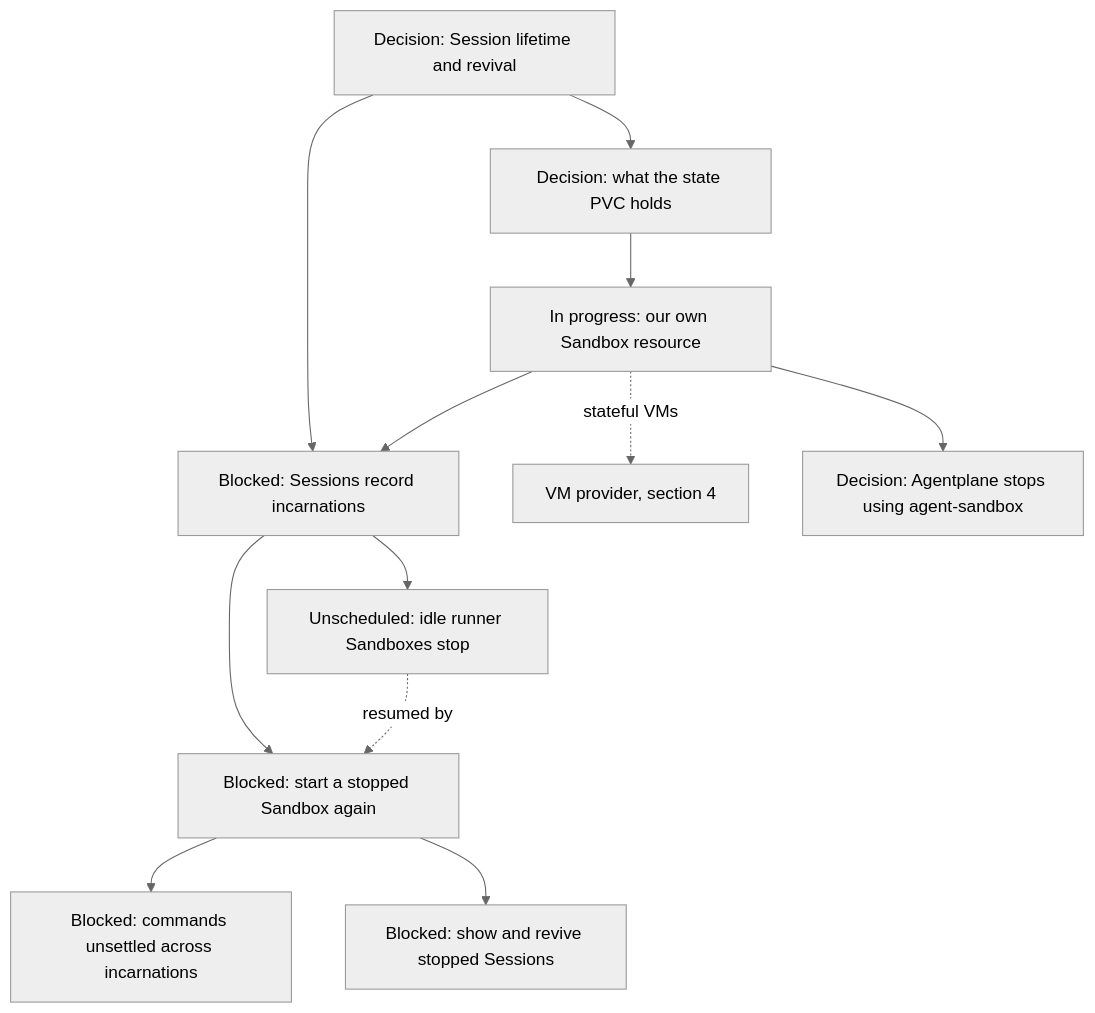
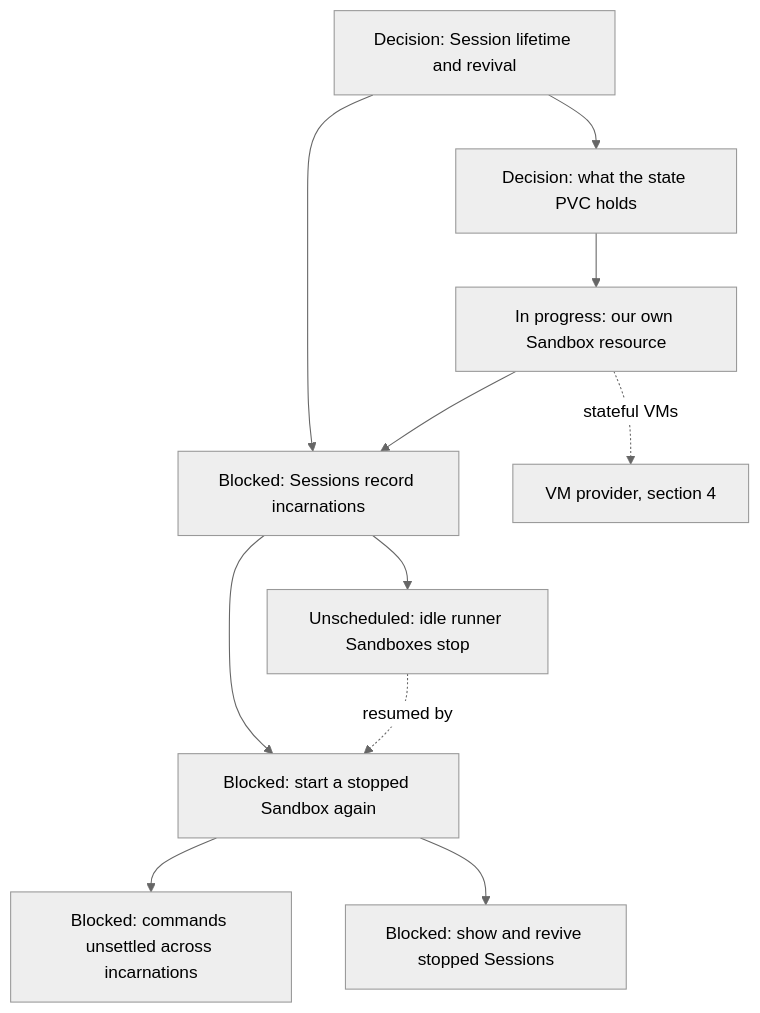
Before and after one commit to agentydragon-agent/ducktape: the ninth of 15 diagrams in agentplane/plans/task_dag.md, drawn with Mermaid (neutral theme). The commit also changed other lines of this file and 162 other files, not shown here.

````diff
--- a/agentplane/plans/task_dag.md
+++ b/agentplane/plans/task_dag.md
@@ -594,22 +590,21 @@
 ```mermaid
 flowchart TD
     DURABLE_SESSION_LIFECYCLE[Decision: Session lifetime and revival]
     SESSION_STATE_VOLUME_DESIGN[Decision: what the state PVC holds]
     AGENTPLANE_SANDBOX_RESOURCE[In progress: our own Sandbox resource]
     SESSION_INCARNATIONS[Blocked: Sessions record incarnations]
     SESSION_REVIVE[Blocked: start a stopped Sandbox again]
     THREAD_SUCCESSOR_DELIVERY[Blocked: commands unsettled across incarnations]
     HOSTED_THREAD_SURFACES[Blocked: show and revive stopped Sessions]
     VM_PROVIDER[VM provider, section 4]
     DURABLE_SESSION_LIFECYCLE --> SESSION_STATE_VOLUME_DESIGN
     DURABLE_SESSION_LIFECYCLE --> SESSION_INCARNATIONS
     SESSION_STATE_VOLUME_DESIGN --> AGENTPLANE_SANDBOX_RESOURCE
     AGENTPLANE_SANDBOX_RESOURCE --> SESSION_INCARNATIONS
-    AGENTPLANE_SANDBOX_RESOURCE --> AGENT_SANDBOX_RETIRE[Decision: Agentplane stops using agent-sandbox]
     AGENTPLANE_SANDBOX_RESOURCE -. stateful VMs .-> VM_PROVIDER
     SESSION_INCARNATIONS --> SESSION_REVIVE
     SESSION_INCARNATIONS --> SANDBOX_IDLE_EXPIRY[Unscheduled: idle runner Sandboxes stop]
     SANDBOX_IDLE_EXPIRY -. resumed by .-> SESSION_REVIVE
     SESSION_REVIVE --> THREAD_SUCCESSOR_DELIVERY
     SESSION_REVIVE --> HOSTED_THREAD_SURFACES
 ```
````
